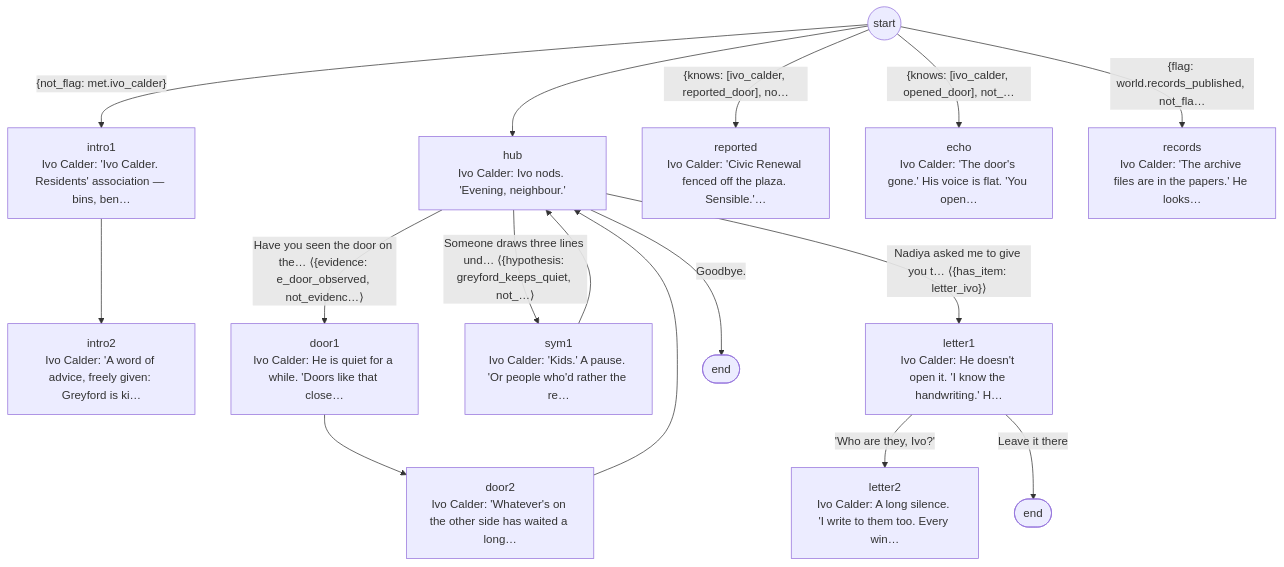
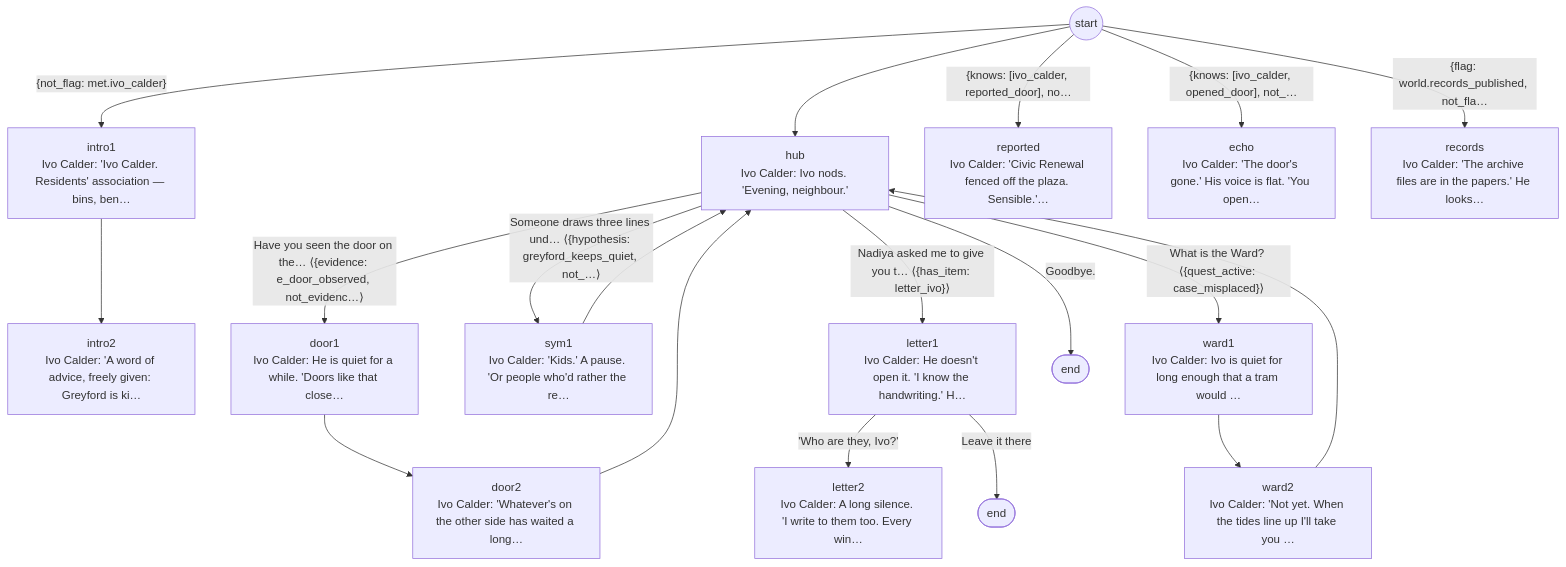
Before and after one commit to DoctorStrangeSH/ECHOES-OF-THE-VEIL: diagram 16 of 40 in docs/generated/dialogue.md, drawn with Mermaid. The commit also changed other lines of this file and 38 other files, not shown here.

````diff
--- a/docs/generated/dialogue.md
+++ b/docs/generated/dialogue.md
@@ -291,32 +428,37 @@
 ```mermaid
 flowchart TD
   ivo_START(("start"))
   ivo_START --> ivo_hub
   ivo_START -->|"{not_flag: met.ivo_calder}"| ivo_intro1
   ivo_START -->|"{knows: [ivo_calder, reported_door], no…"| ivo_reported
   ivo_START -->|"{knows: [ivo_calder, opened_door], not_…"| ivo_echo
   ivo_START -->|"{flag: world.records_published, not_fla…"| ivo_records
   ivo_intro1["intro1<br/>Ivo Calder: 'Ivo Calder. Residents' association — bins, ben…"]
   ivo_intro1 --> ivo_intro2
   ivo_intro2["intro2<br/>Ivo Calder: 'A word of advice, freely given: Greyford is ki…"]
   ivo_hub["hub<br/>Ivo Calder: Ivo nods. 'Evening, neighbour.'"]
   ivo_hub -->|"Have you seen the door on the… ⟨{evidence: e_door_observed, not_evidenc…⟩"| ivo_door1
   ivo_hub -->|"Someone draws three lines und… ⟨{hypothesis: greyford_keeps_quiet, not_…⟩"| ivo_sym1
   ivo_hub -->|"Nadiya asked me to give you t… ⟨{has_item: letter_ivo}⟩"| ivo_letter1
-  ivo_hub_end_3(["end"])
-  ivo_hub -->|"Goodbye."| ivo_hub_end_3
+  ivo_hub -->|"What is the Ward? ⟨{quest_active: case_misplaced}⟩"| ivo_ward1
+  ivo_hub_end_4(["end"])
+  ivo_hub -->|"Goodbye."| ivo_hub_end_4
   ivo_door1["door1<br/>Ivo Calder: He is quiet for a while. 'Doors like that close…"]
   ivo_door1 --> ivo_door2
   ivo_door2["door2<br/>Ivo Calder: 'Whatever's on the other side has waited a long…"]
   ivo_door2 --> ivo_hub
   ivo_sym1["sym1<br/>Ivo Calder: 'Kids.' A pause. 'Or people who'd rather the re…"]
   ivo_sym1 --> ivo_hub
   ivo_reported["reported<br/>Ivo Calder: 'Civic Renewal fenced off the plaza. Sensible.'…"]
   ivo_echo["echo<br/>Ivo Calder: 'The door's gone.' His voice is flat. 'You open…"]
   ivo_letter1["letter1<br/>Ivo Calder: He doesn't open it. 'I know the handwriting.' H…"]
   ivo_letter1 -->|"'Who are they, Ivo?'"| ivo_letter2
   ivo_letter1_end_1(["end"])
   ivo_letter1 -->|"Leave it there"| ivo_letter1_end_1
   ivo_letter2["letter2<br/>Ivo Calder: A long silence. 'I write to them too. Every win…"]
   ivo_records["records<br/>Ivo Calder: 'The archive files are in the papers.' He looks…"]
+  ivo_ward1["ward1<br/>Ivo Calder: Ivo is quiet for long enough that a tram would …"]
+  ivo_ward1 --> ivo_ward2
+  ivo_ward2["ward2<br/>Ivo Calder: 'Not yet. When the tides line up I'll take you …"]
+  ivo_ward2 --> ivo_hub
 ```
````
